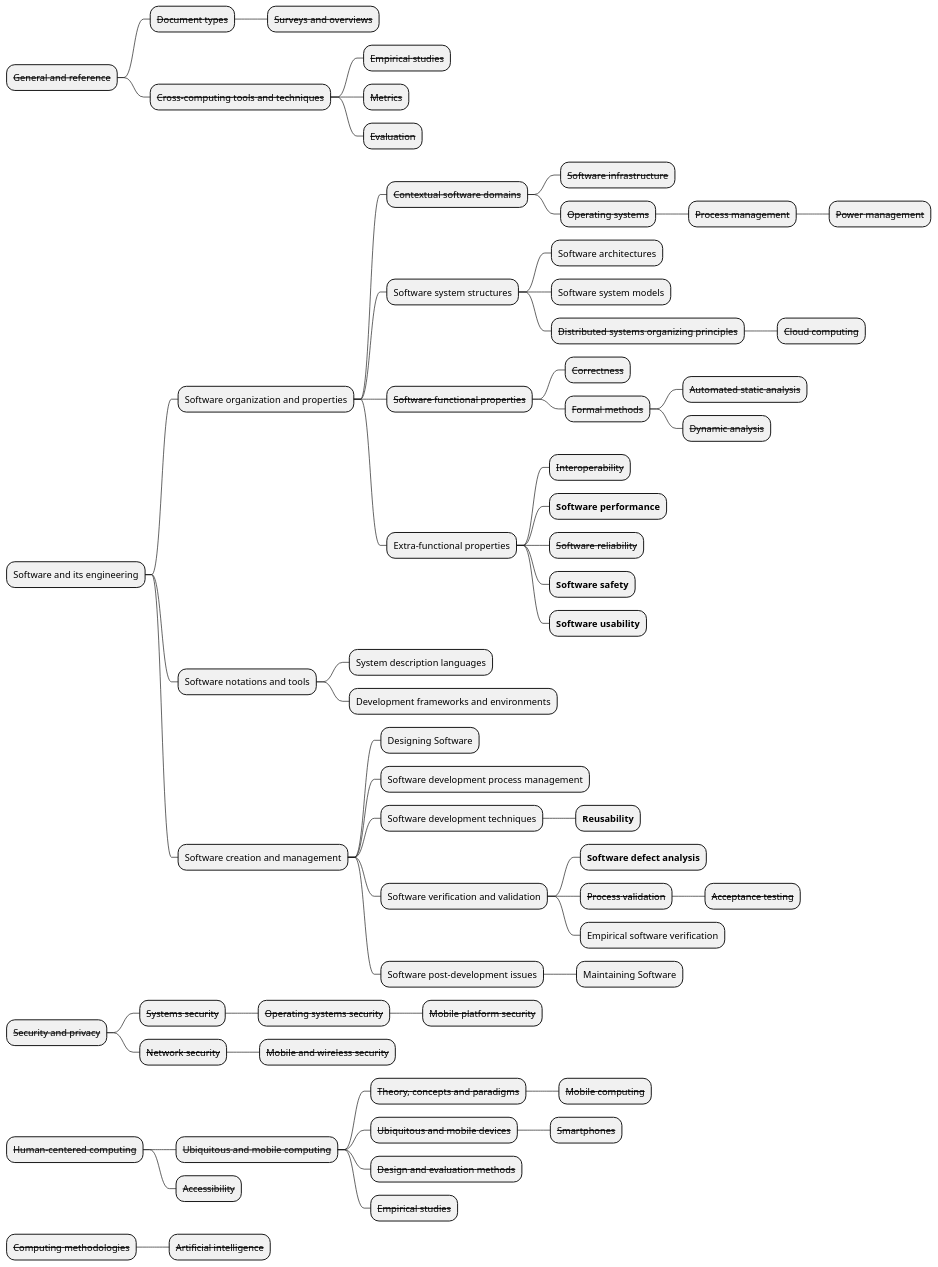
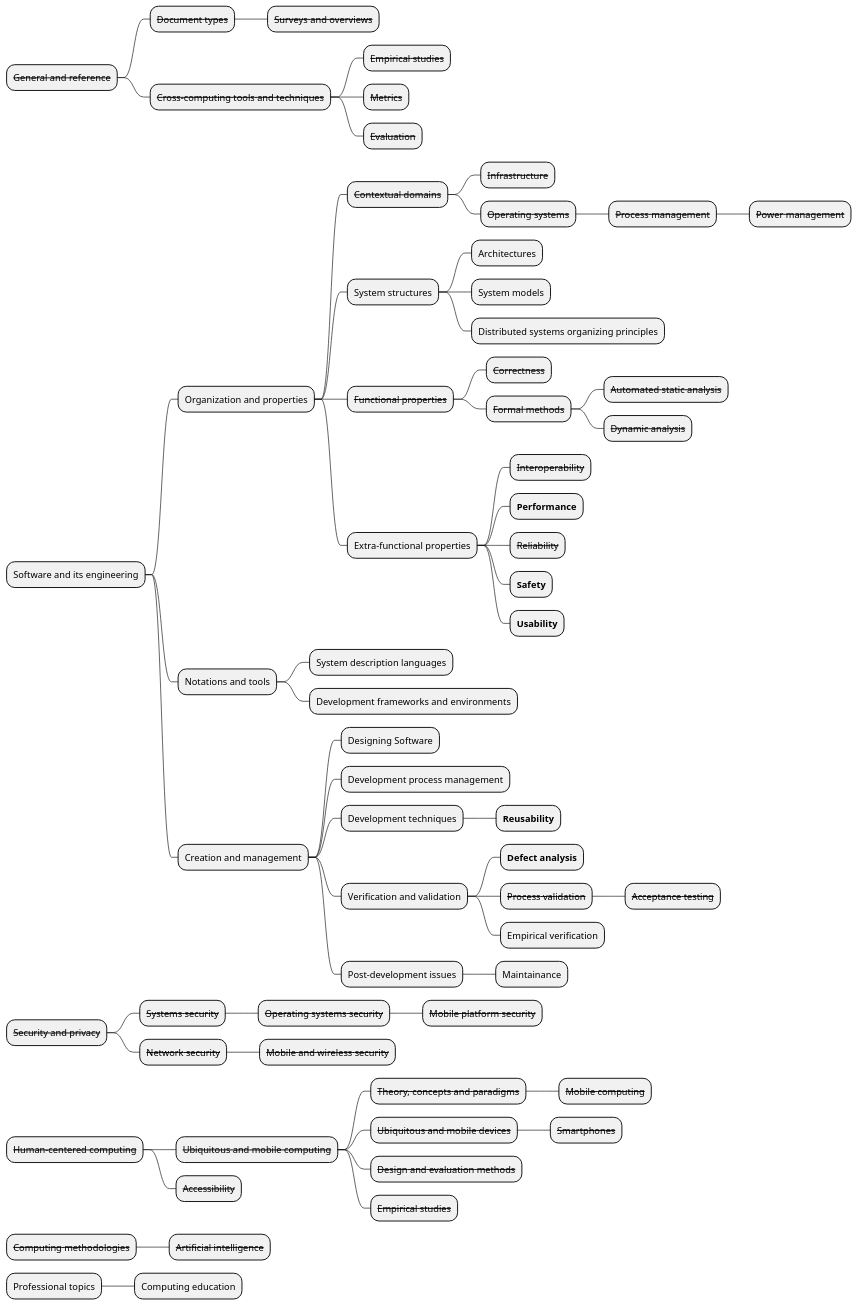
Before and after one commit to RobinNunkesser/plantuml: the diagram in mobileccs.pu, drawn with PlantUML.

```diff
--- a/mobileccs.pu
+++ b/mobileccs.pu
@@ -2,72 +2,94 @@
 @startmindmap
 * <s>General and reference</s>
 ** <s>Document types</s>
 *** <s>Surveys and overviews</s>
 ** <s>Cross-computing tools and techniques</s>
 *** <s>Empirical studies</s>
 *** <s>Metrics</s>
 *** <s>Evaluation</s>
 * Software and its engineering
-** Software organization and properties
-*** <s>Contextual software domains</s>
-**** <s>Software infrastructure</s>
+** Organization and properties
+'** Software organization and properties
+*** <s>Contextual domains</s>
+'*** <s>Contextual software domains</s>
+**** <s>Infrastructure</s>
+'**** <s>Software infrastructure</s>
 **** <s>Operating systems</s>
 ***** <s>Process management</s>
 ****** <s>Power management</s>
-*** Software system structures
-**** Software architectures
-**** Software system models
-**** <s>Distributed systems organizing principles</s>
-***** <s>Cloud computing</s>
-*** <s>Software functional properties</s>
+*** System structures
+'*** Software system structures
+**** Architectures
+'**** Software architectures
+**** System models
+'**** Software system models
+**** Distributed systems organizing principles
+'***** <s>Cloud computing</s>
+*** <s>Functional properties</s>
+'*** <s>Software functional properties</s>
 **** <s>Correctness</s>
 **** <s>Formal methods</s>
 ***** <s>Automated static analysis</s>
 ***** <s>Dynamic analysis</s>
 *** Extra-functional properties
 **** <s>Interoperability</s>
-**** <b>Software performance</b>
-**** <s>Software reliability</s>
-**** <b>Software safety</b>
-**** <b>Software usability</b>
-** Software notations and tools
+**** <b>Performance</b>
+**** <s>Reliability</s>
+**** <b>Safety</b>
+**** <b>Usability</b>
+'**** <b>Software performance</b>
+'**** <s>Software reliability</s>
+'**** <b>Software safety</b>
+'**** <b>Software usability</b>
+** Notations and tools
+'** Software notations and tools
 *** System description languages
 *** Development frameworks and environments
-** Software creation and management
+** Creation and management
+'** Software creation and management
 *** Designing Software
-*** Software development process management
-*** Software development techniques
+*** Development process management
+'*** Software development process management
+*** Development techniques
+'*** Software development techniques
 **** <b>Reusability</b>
-*** Software verification and validation
-**** <b>Software defect analysis</b>
+*** Verification and validation
+'*** Software verification and validation
+**** <b>Defect analysis</b>
+'**** <b>Software defect analysis</b>
 **** <s>Process validation</s>
 ***** <s>Acceptance testing</s>
-**** Empirical software verification
-*** Software post-development issues
-**** Maintaining Software
+**** Empirical verification
+'**** Empirical software verification
+*** Post-development issues
+'*** Software post-development issues
+**** Maintainance
+'**** Maintaining Software
 * <s>Security and privacy</s>
 ** <s>Systems security</s>
 *** <s>Operating systems security</s>
 **** <s>Mobile platform security</s>
 ** <s>Network security</s>
 *** <s>Mobile and wireless security</s>
 * <s>Human-centered computing</s>
 ** <s>Ubiquitous and mobile computing</s>
 *** <s>Theory, concepts and paradigms</s>
 **** <s>Mobile computing</s>
 *** <s>Ubiquitous and mobile devices</s>
 **** <s>Smartphones</s>
 *** <s>Design and evaluation methods</s>
 *** <s>Empirical studies</s>
 ** <s>Accessibility</s>
 * <s>Computing methodologies</s>
 ** <s>Artificial intelligence</s>
+* Professional topics
+** Computing education
 '* <s>Wasserman</s>
 '** <s>User Experience </s>
 '** <s>Code reuse</s>
 '** <s>Networking</s>
 '** <s>Energy efficiency</s>
 '** <s>Data integrity</s>
 '** <s>Testing</s>
 '** <s>Portability and cross-platform development</s>
 @endmindmap
```
